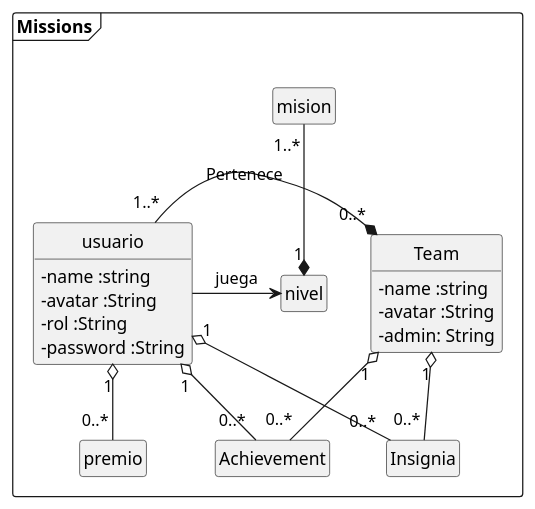
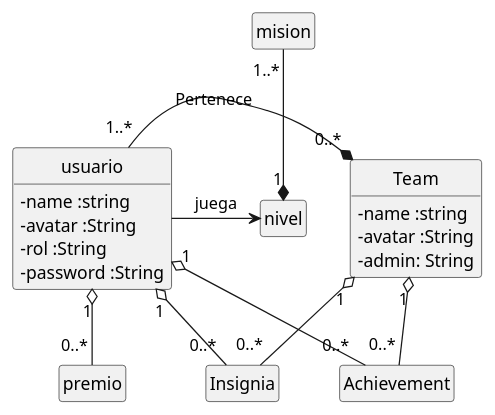
The diagram in modeloDominio.wsd (Cramer-0xbit/route66-plantuml), drawn with PlantUML before and after one commit. The commit also changed 5 other files, not shown here.

```diff
--- a/modeloDominio.wsd
+++ b/modeloDominio.wsd
@@ -2,33 +2,32 @@
 @startuml Dommain model
-package Missions <<Frame>> {
 Class "usuario" as User {
   - name :string  
   - avatar :String
   - rol :String
   - password :String
 }
 class Achievement
 Class Prize as "premio"
 Class Insignia 
 class Mission as "mision"
 class Level as "nivel"
 class Team{
   - name :string  
   - avatar :String
   - admin: String
 }
 
 
 User"1..*" -right--* "0..*" Team:Pertenece
 Mission"1..*"-down-*"1"Level
 User"1" o-- "0..*" Achievement
 User"1" o-- "0..*" Prize
 User"1" o-- "0..*" Insignia
 User->Level:juega
 Team"1" o-- "0..*" Achievement
 Team"1" o-- "0..*" Insignia
-}
+
 hide empty members   
 hide circle
 skinparam classAttributeIconSize 0
 @enduml
```
